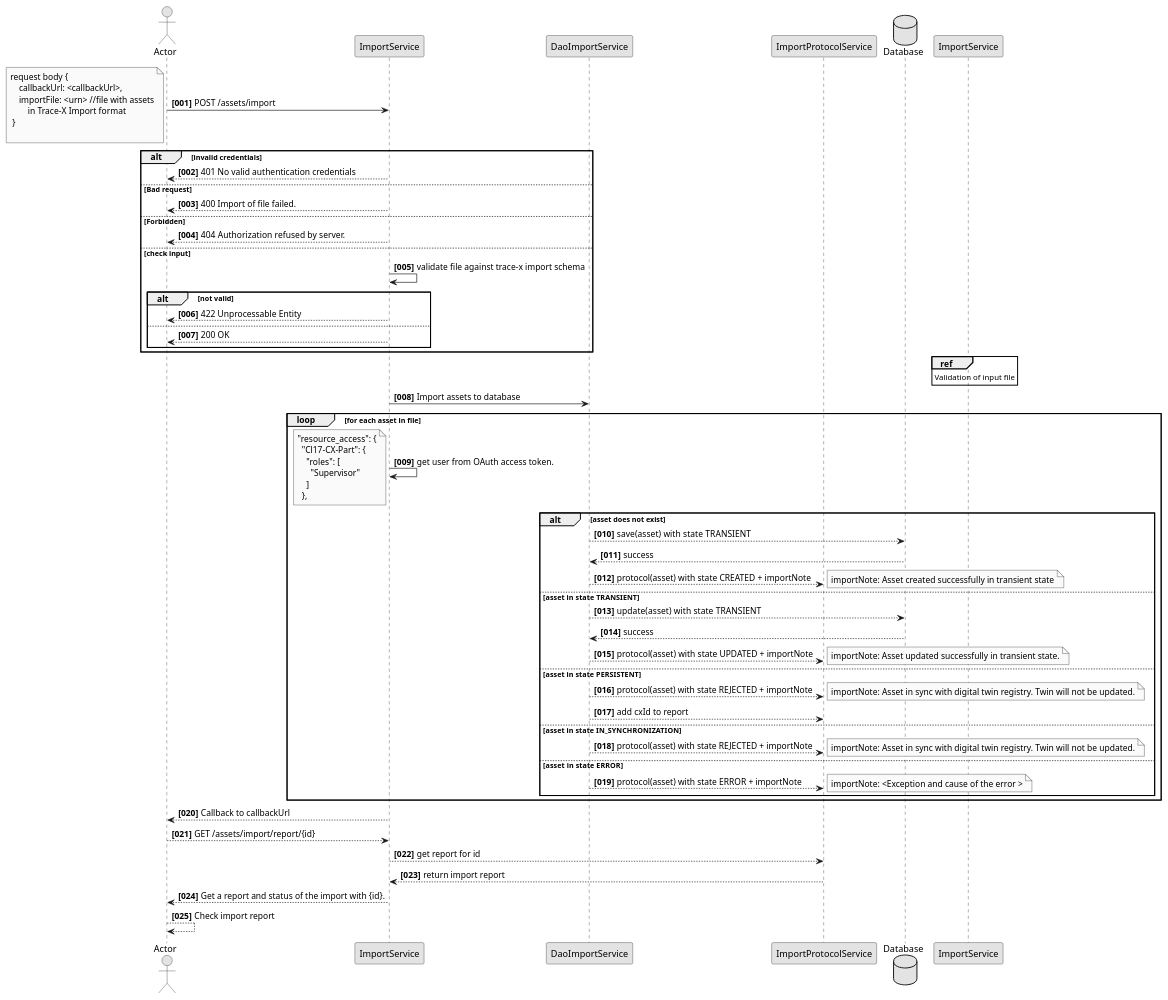
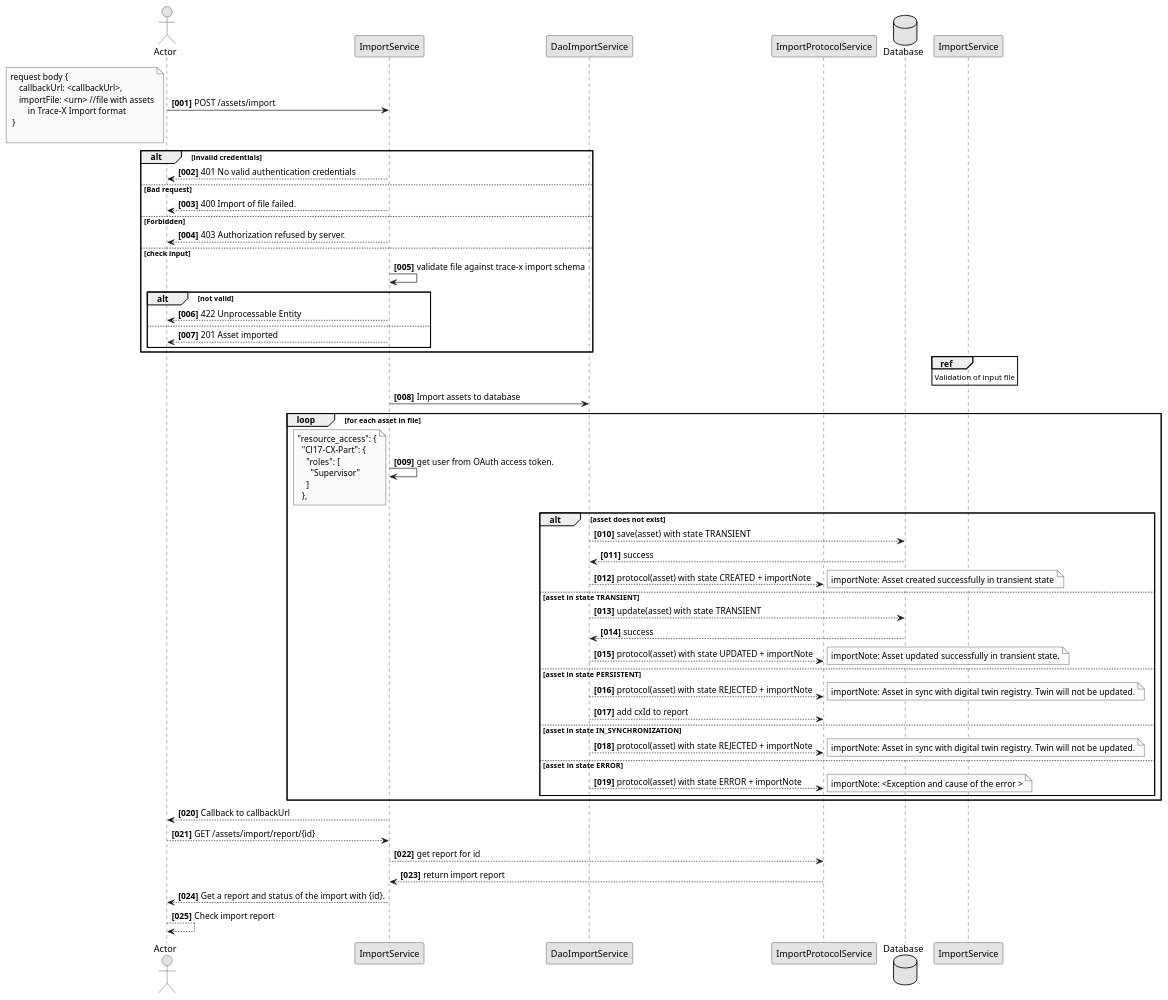
The diagram in docs/src/docs/concepts/[TRACEFOSS-1019]-data-import-interface/data-import-interface-squence.puml (eclipse-tractusx/traceability-foss), drawn with PlantUML before and after one commit.

Commit message:
fix(diagram):[TRACEFOSS-1019] correct http return code

```diff
--- a/docs/src/docs/concepts/[TRACEFOSS-1019]-data-import-interface/data-import-interface-squence.puml
+++ b/docs/src/docs/concepts/[TRACEFOSS-1019]-data-import-interface/data-import-interface-squence.puml
@@ -1,98 +1,98 @@
 @startuml
 skinparam monochrome true
 skinparam shadowing false
 skinparam defaultFontName "Architects daughter"
 
 autonumber "<b>[000]"
 
 actor Actor
 participant "ImportService" as Backend
 participant "DaoImportService" as Persistence
 participant "ImportProtocolService" as ImportProtocolService
 database "Database" as Database
 Actor -> Backend : POST /assets/import
 note left
     request body {
         callbackUrl: <callbackUrl>,
         importFile: <urn> //file with assets
             in Trace-X Import format
      }
 
 end note
 
 alt invalid credentials
     Actor <-- Backend : 401 No valid authentication credentials
 else  Bad request
     Actor <-- Backend : 400 Import of file failed.
 else  Forbidden
-    Actor <-- Backend : 404 Authorization refused by server.
+    Actor <-- Backend : 403 Authorization refused by server.
 else  check input
     Backend -> Backend : validate file against trace-x import schema
     alt not valid
         Actor <-- Backend : 422 Unprocessable Entity
     else
-        Actor <-- Backend : 200 OK
+        Actor <-- Backend : 201 Asset imported
     end alt
 end alt
 
 ref over  ImportService
     Validation of input file
 end ref
 
 Backend -> Persistence : Import assets to database
 
     loop for each asset in file
         Backend -> Backend : get user from OAuth access token.
         note left
               "resource_access": {
                 "Cl17-CX-Part": {
                   "roles": [
                     "Supervisor"
                   ]
                 },
         end note
         alt asset does not exist
             Persistence --> Database : save(asset) with  state TRANSIENT
             Persistence <-- Database : success
             Persistence --> ImportProtocolService : protocol(asset) with state CREATED + importNote
             note right
                 importNote: Asset created successfully in transient state
             end note
         else asset in  state TRANSIENT
             note right
                 (local asset)
             end note
             Persistence --> Database : update(asset) with  state TRANSIENT
             Persistence <-- Database : success
             Persistence --> ImportProtocolService : protocol(asset) with state UPDATED + importNote
             note right
                 importNote: Asset updated successfully in transient state.
             end note
         else asset in  state PERSISTENT
             Persistence --> ImportProtocolService : protocol(asset) with state REJECTED + importNote
             note right
                  importNote: Asset in sync with digital twin registry. Twin will not be updated.
             end note
             Persistence --> ImportProtocolService : add cxId to report
         else asset in  state IN_SYNCHRONIZATION
               Persistence --> ImportProtocolService : protocol(asset) with state REJECTED + importNote
                note right
                   importNote: Asset in sync with digital twin registry. Twin will not be updated.
               end note
         else asset in  state ERROR
              Persistence --> ImportProtocolService : protocol(asset) with state ERROR + importNote
              note right
                   importNote: <Exception and cause of the error >
               end note
         end alt
 end loop
 
 
 Actor <-- Backend : Callback to callbackUrl
 Actor --> Backend : GET /assets/import/report/{id}
 Backend --> ImportProtocolService : get report for id
 Backend <-- ImportProtocolService : return import report
 Actor <-- Backend : Get a report and status of the import with {id}.
 Actor --> Actor : Check import report
 
 @enduml
```
